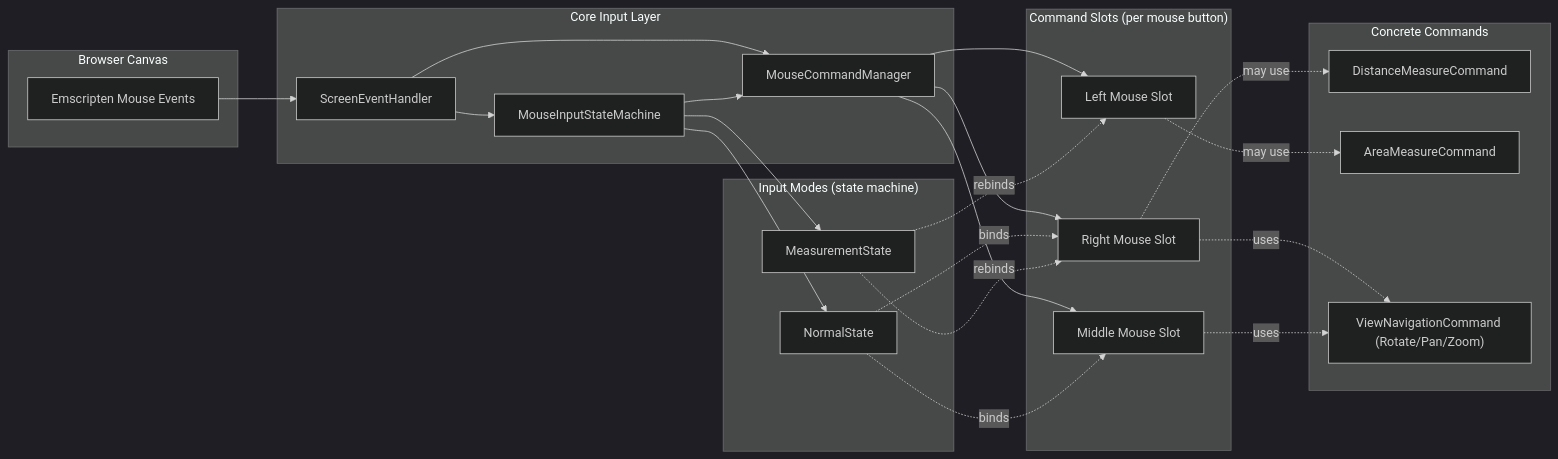
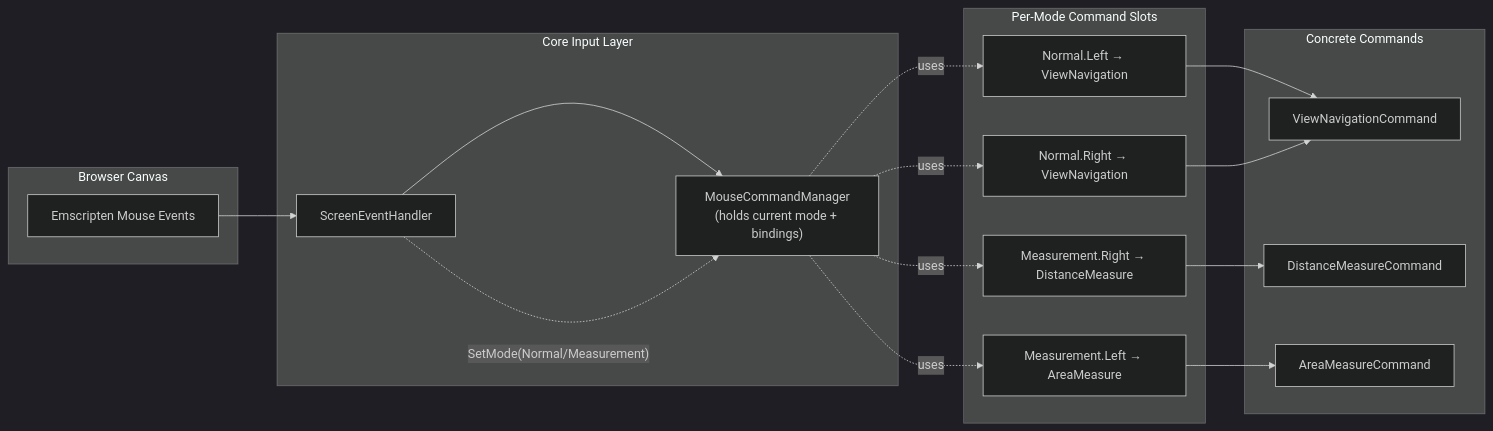
Before and after one commit to vfa-khaidt1/vfa-cdn: the fourth of 5 diagrams in GraphV3.md, drawn with Mermaid (dark theme). The commit also changed other lines of this file, not shown here.

````diff
--- a/GraphV3.md
+++ b/GraphV3.md
@@ -191,59 +191,43 @@
 ```mermaid
 flowchart LR
     %% === Input side ===
     subgraph Input["Browser Canvas"]
         Raw["Emscripten Mouse Events"]
     end
 
     Raw --> Handler["ScreenEventHandler"]
 
     %% === Core input layer ===
     subgraph Core["Core Input Layer"]
-        Handler --> CM["MouseCommandManager"]
-        MIM["MouseInputStateMachine"]
+        Handler --> CM["MouseCommandManager\n(holds current mode + bindings)"]
     end
 
-    %% ScreenEventHandler can request mode changes (e.g. via UI / keyboard)
-    Handler --> MIM
+    %% Handler changes mode (e.g. keyboard / UI)
+    Handler -.SetMode(Normal/Measurement).-> CM
 
-    MIM --> CM
-
-    %% === Modes / state machine ===
-    subgraph Modes["Input Modes (state machine)"]
-        Normal["NormalState"]
-        Measure["MeasurementState"]
+    %% === Per-button slots inside CM ===
+    subgraph Slots["Per-Mode Command Slots"]
+        NLeft["Normal.Left → ViewNavigation"]
+        NRight["Normal.Right → ViewNavigation"]
+        MLeft["Measurement.Left → AreaMeasure"]
+        MRight["Measurement.Right → DistanceMeasure"]
     end
 
-    MIM --> Normal
-    MIM --> Measure
+    CM -.uses.-> NLeft
+    CM -.uses.-> NRight
+    CM -.uses.-> MLeft
+    CM -.uses.-> MRight
 
-    %% === Per-button command slots ===
-    subgraph Slots["Command Slots (per mouse button)"]
-        LSlot["Left Mouse Slot"]
-        RSlot["Right Mouse Slot"]
-        MSlot["Middle Mouse Slot"]
+    %% === Commands ===
+    subgraph Commands["Concrete Commands"]
+        VNC["ViewNavigationCommand"]
+        DMC["DistanceMeasureCommand"]
+        AMC["AreaMeasureCommand"]
     end
 
-    CM --> LSlot
-    CM --> RSlot
-    CM --> MSlot
+    NLeft --> VNC
+    NRight --> VNC
+    MLeft --> AMC
+    MRight --> DMC
 
-    %% === Concrete commands ===
-    subgraph Commands["Concrete Commands"]
-        DMC["DistanceMeasureCommand"]
-        AMC["AreaMeasureCommand"]
-        VNC["ViewNavigationCommand (Rotate/Pan/Zoom)"]
-    end
-
-    %% Normal state: view navigation on right/middle
-    Normal -.binds.-> RSlot
-    Normal -.binds.-> MSlot
-    RSlot -.uses.-> VNC
-    MSlot -.uses.-> VNC
-
-    %% Measurement state: rebind to measurement commands
-    Measure -.rebinds.-> RSlot
-    Measure -.rebinds.-> LSlot
-    RSlot -.may use.-> DMC
-    LSlot -.may use.-> AMC
 ```
````
